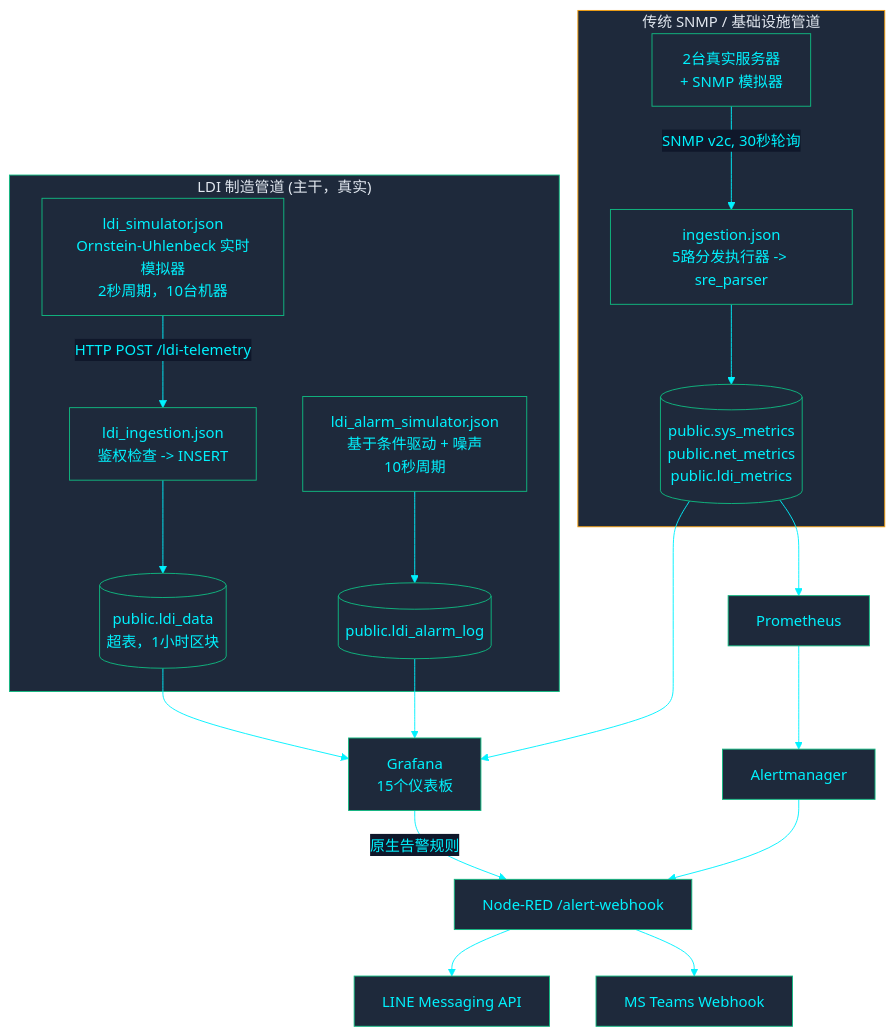
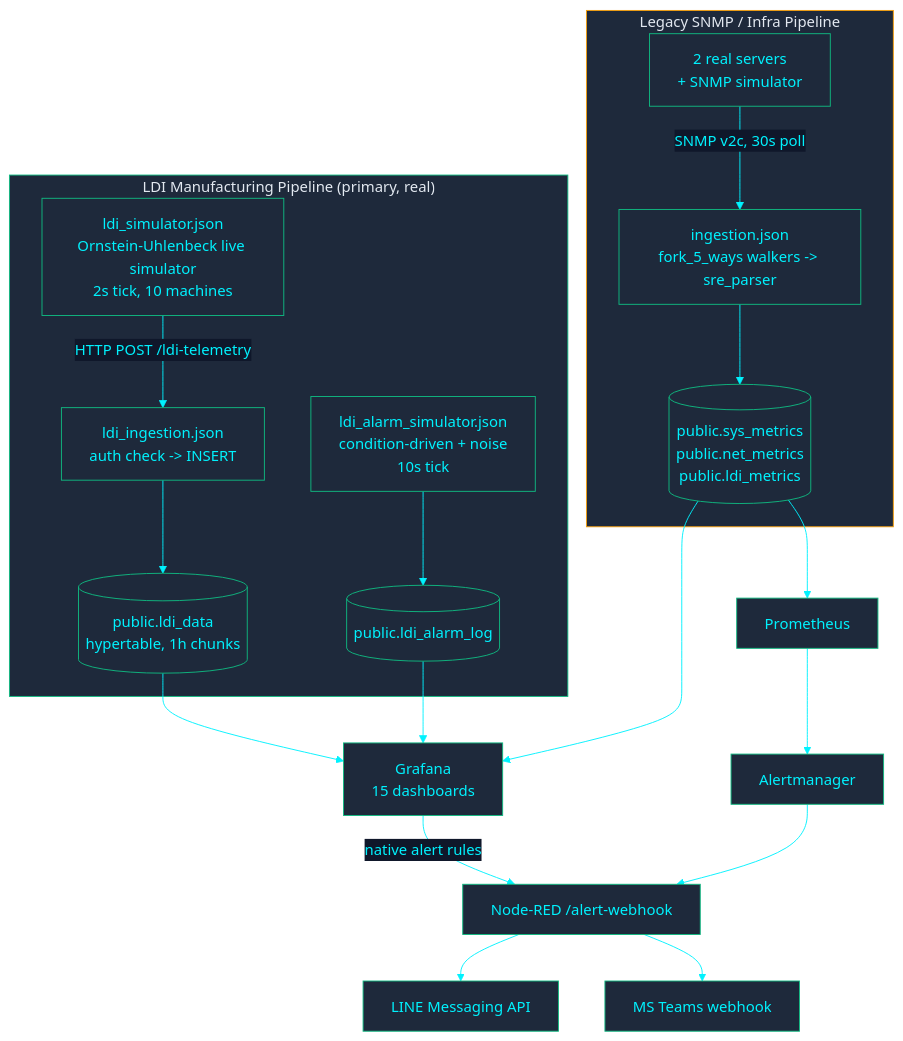
The diagram in zh-CN/docs/architecture/ARCHITECTURE.md (PATTANAKORN025/IMS), drawn with Mermaid before and after one commit. The commit also changed other lines of this file and 18 other files, not shown here.

First line of the commit message:
docs(architecture): current architecture in en/th/zh-CN; redact ERP hostnames

````diff
--- a/zh-CN/docs/architecture/ARCHITECTURE.md
+++ b/zh-CN/docs/architecture/ARCHITECTURE.md
@@ -20,26 +28,26 @@
 ```mermaid
 %%{init: {'theme': 'base', 'themeVariables': { 'primaryColor': '#1e293b', 'primaryTextColor': '#00F2FE', 'primaryBorderColor': '#10B981', 'lineColor': '#00F2FE', 'secondaryColor': '#0f172a', 'tertiaryColor': '#0f172a', 'clusterBkg': '#030407', 'clusterBorder': '#00F2FE'}}}%%
 flowchart TB
- subgraph LDI ["LDI 制造管道 (主干，真实)"]
-  SIM["ldi_simulator.json\nOrnstein-Uhlenbeck 实时模拟器\n2秒周期，10台机器"] -->|"HTTP POST /ldi-telemetry"| ING["ldi_ingestion.json\n鉴权检查 -> INSERT"]
-  ING --> LDIDATA[("public.ldi_data\n超表，1小时区块")]
-  ALMSIM["ldi_alarm_simulator.json\n基于条件驱动 + 噪声\n10秒周期"] --> ALARMLOG[("public.ldi_alarm_log")]
+ subgraph LDI ["LDI Manufacturing Pipeline (primary, real)"]
+  SIM["ldi_simulator.json\nOrnstein-Uhlenbeck live simulator\n2s tick, 10 machines"] -->|"HTTP POST /ldi-telemetry"| ING["ldi_ingestion.json\nauth check -> INSERT"]
+  ING --> LDIDATA[("public.ldi_data\nhypertable, 1h chunks")]
+  ALMSIM["ldi_alarm_simulator.json\ncondition-driven + noise\n10s tick"] --> ALARMLOG[("public.ldi_alarm_log")]
  end
 
- subgraph LEGACY ["传统 SNMP / 基础设施管道"]
-  DEV["2台真实服务器\n+ SNMP 模拟器"] -->|"SNMP v2c, 30秒轮询"| NR["ingestion.json\n5路分发执行器 -> sre_parser"]
+ subgraph LEGACY ["Legacy SNMP / Infra Pipeline"]
+  DEV["2 real servers\n+ SNMP simulator"] -->|"SNMP v2c, 30s poll"| NR["ingestion.json\nfork_5_ways walkers -> sre_parser"]
   NR --> SYSMETRICS[("public.sys_metrics\npublic.net_metrics\npublic.ldi_metrics")]
  end
 
- LDIDATA --> GRAFANA["Grafana\n15个仪表板"]
+ LDIDATA --> GRAFANA["Grafana\n15 dashboards"]
  ALARMLOG --> GRAFANA
  SYSMETRICS --> GRAFANA
  SYSMETRICS --> PROM["Prometheus"]
- GRAFANA -->|"原生告警规则"| NRWEBHOOK["Node-RED /alert-webhook"]
+ GRAFANA -->|"native alert rules"| NRWEBHOOK["Node-RED /alert-webhook"]
  PROM --> AM["Alertmanager"] --> NRWEBHOOK
  NRWEBHOOK --> LINE["LINE Messaging API"]
- NRWEBHOOK --> TEAMS["MS Teams Webhook"]
+ NRWEBHOOK --> TEAMS["MS Teams webhook"]
 
  style LDI fill:#1e293b,stroke:#10B981,color:#e2e8f0
  style LEGACY fill:#1e293b,stroke:#F59E0B,color:#e2e8f0
 ```
````
